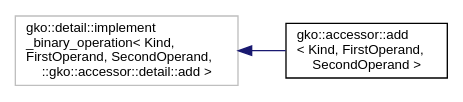
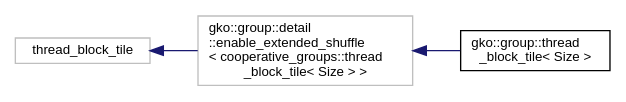
One commit to ginkgo-project/ginkgo changed the diagram in doc/develop/inherit_graph_1.dot. Above: the diagram before and after it, drawn with Graphviz. The commit also changed 991 other files, not shown here.

```diff
--- a/doc/develop/inherit_graph_1.dot
+++ b/doc/develop/inherit_graph_1.dot
@@ -1,10 +1,12 @@
 digraph "Graphical Class Hierarchy"
 {
  // INTERACTIVE_SVG=YES
   edge [fontname="Helvetica",fontsize="10",labelfontname="Helvetica",labelfontsize="10"];
   node [fontname="Helvetica",fontsize="10",shape=record];
   rankdir="LR";
-  Node1 [label="gko::detail::implement\l_binary_operation\< Kind,\l FirstOperand, SecondOperand,\l::gko::accessor::detail::add \>",height=0.2,width=0.4,color="grey75", fillcolor="white", style="filled"];
+  Node1 [label="thread_block_tile",height=0.2,width=0.4,color="grey75", fillcolor="white", style="filled"];
   Node1 -> Node2 [dir="back",color="midnightblue",fontsize="10",style="solid",fontname="Helvetica"];
-  Node2 [label="gko::accessor::add\l\< Kind, FirstOperand,\l SecondOperand \>",height=0.2,width=0.4,color="black", fillcolor="white", style="filled",URL="$structgko_1_1accessor_1_1add.html"];
+  Node2 [label="gko::group::detail\l::enable_extended_shuffle\l\< cooperative_groups::thread\l_block_tile\< Size \> \>",height=0.2,width=0.4,color="grey75", fillcolor="white", style="filled"];
+  Node2 -> Node3 [dir="back",color="midnightblue",fontsize="10",style="solid",fontname="Helvetica"];
+  Node3 [label="gko::group::thread\l_block_tile\< Size \>",height=0.2,width=0.4,color="black", fillcolor="white", style="filled",URL="$structgko_1_1group_1_1thread__block__tile.html"];
 }
```
